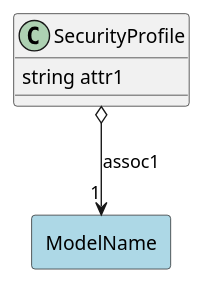
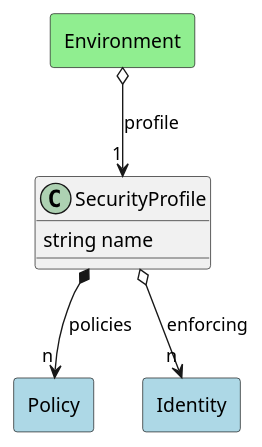
The diagram in docs/edgemere/sa/models/securityprofile/logical.puml (madajaju/edgemere), drawn with PlantUML before and after one commit. The commit also changed 1199 other files, not shown here.

```diff
--- a/docs/edgemere/sa/models/securityprofile/logical.puml
+++ b/docs/edgemere/sa/models/securityprofile/logical.puml
@@ -1,18 +1,29 @@
 @startuml
 
 class "SecurityProfile" as Model {
- string attr1
+ string name
 
  
 }
 
-rectangle "ModelName" as ModelName #lightblue {
+rectangle "Policy" as Policy #lightblue {
 }
 
-Model o--> "1" ModelName : assoc1
+Model *--> "n" Policy : policies
+
+
+rectangle "Identity" as Identity #lightblue {
+}
+
+Model o--> "n" Identity : enforcing
 
 
 
 
+    rectangle "Environment" as Environment #lightgreen {
+    }
+    
+        Environment   o--> "1" Model : "profile"
+    
 
 @enduml
```
